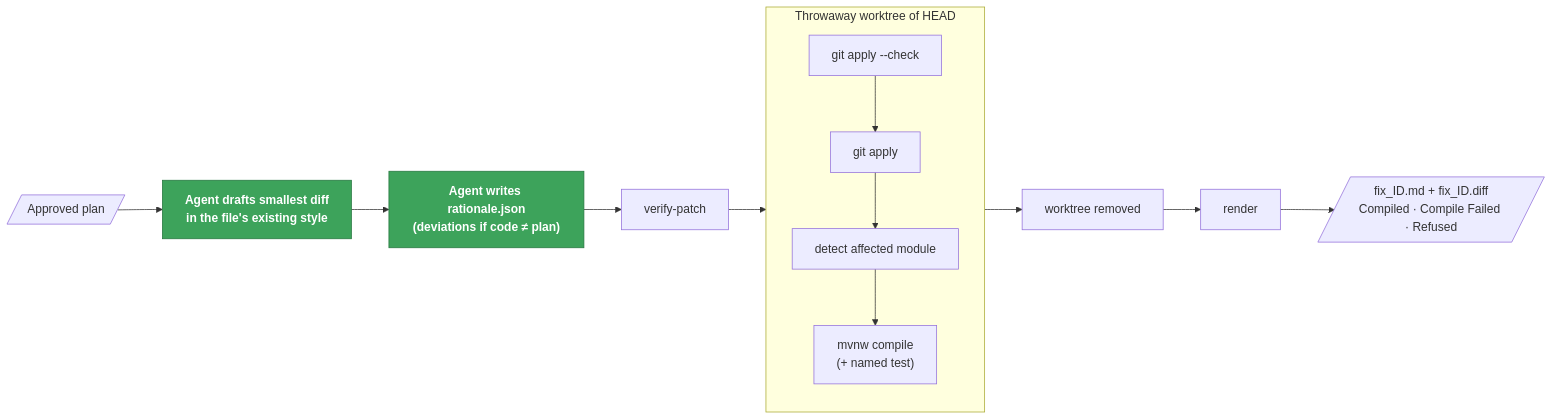
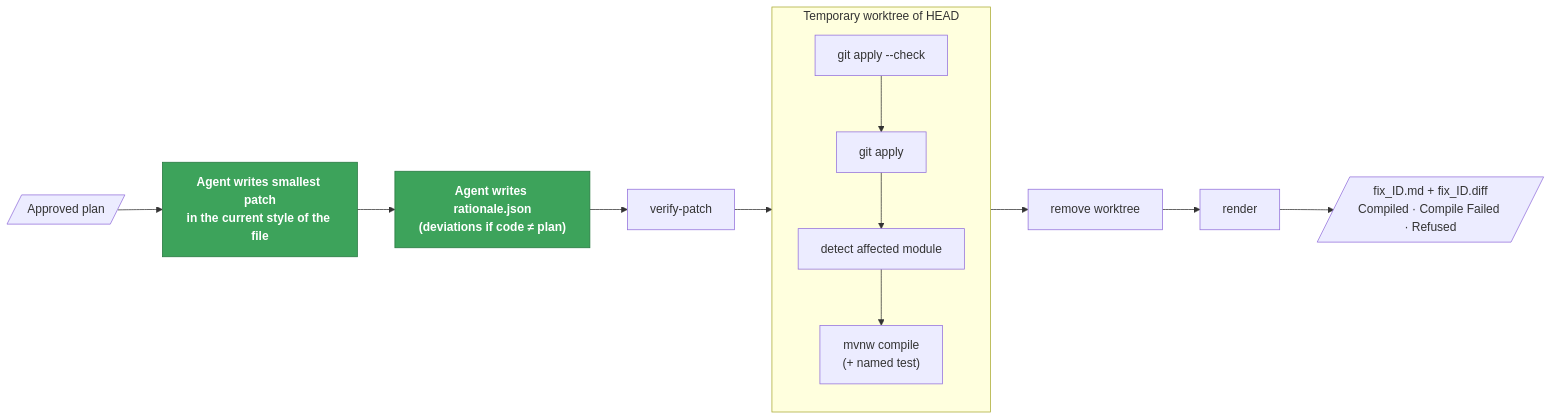
Before and after one commit to KrishnaAnnavaram/MARS: diagram 22 of 31 in README.md, drawn with Mermaid. The commit also changed other lines of this file and 1 other file, not shown here.

````diff
--- a/README.md
+++ b/README.md
@@ -1283,17 +1353,17 @@
 ```mermaid
 flowchart LR
-    P[/"Approved plan"/] --> A["Agent drafts smallest diff<br/>in the file's existing style"]
+    P[/"Approved plan"/] --> A["Agent writes smallest patch<br/>in the current style of the file"]
     A --> R["Agent writes rationale.json<br/>(deviations if code ≠ plan)"]
     R --> V["verify-patch"]
-    subgraph WT["Throwaway worktree of HEAD"]
+    subgraph WT["Temporary worktree of HEAD"]
       direction TB
       W1["git apply --check"] --> W2["git apply"] --> W3["detect affected module"] --> W4["mvnw compile<br/>(+ named test)"]
     end
     V --> WT
-    WT --> RM["worktree removed"]
+    WT --> RM["remove worktree"]
     RM --> REN["render"]
     REN --> O[/"fix_ID.md + fix_ID.diff<br/>Compiled · Compile Failed · Refused"/]
 
     classDef agent fill:#3DA35B,stroke:#26773f,color:#fff,font-weight:bold
     class A,R agent
 ```
````
